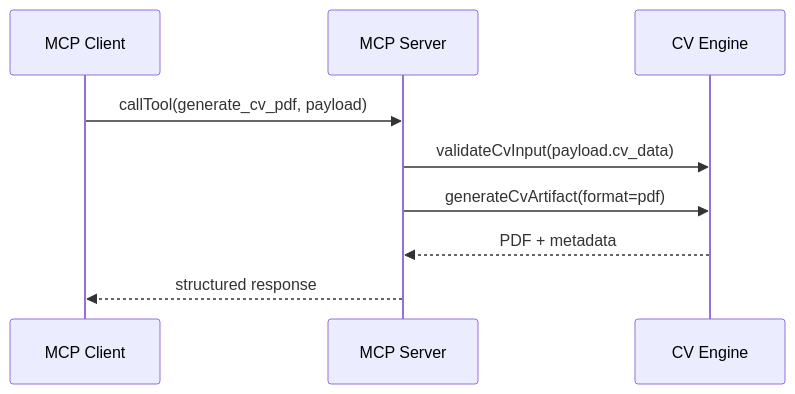
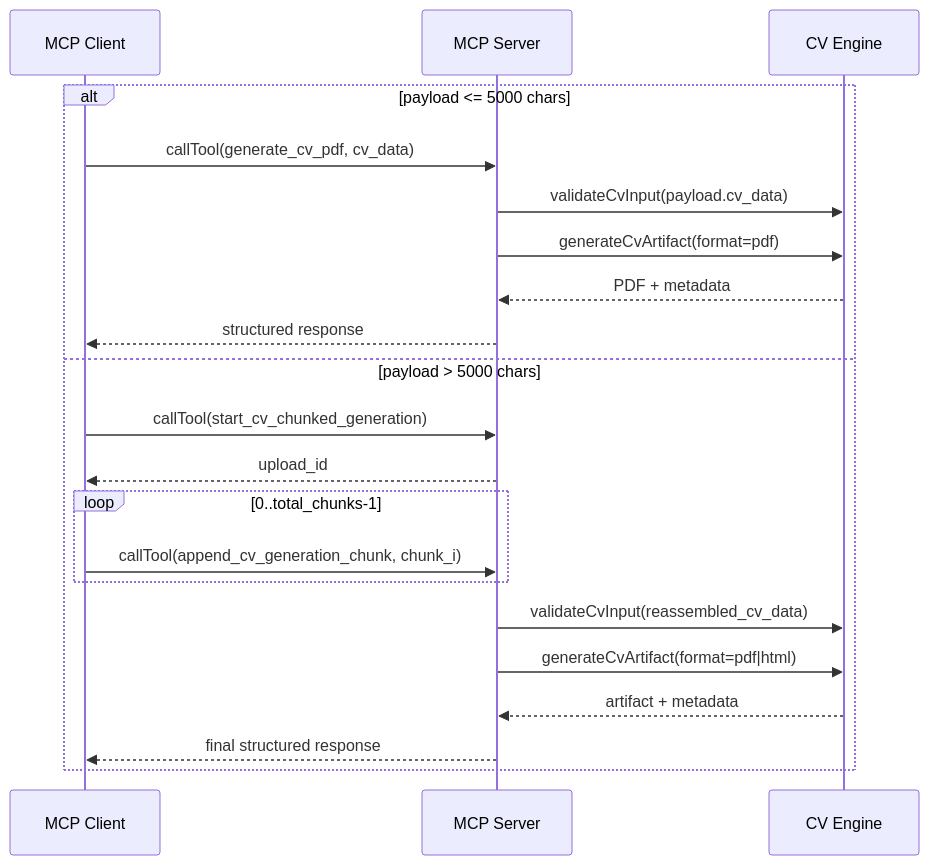
Before and after one commit to ClementV78/cv-generator-mcp: the seventh of 8 diagrams in APPLICATION_ARCHITECTURE_CV_GENERATOR.md, drawn with Mermaid. The commit also changed other lines of this file and 3 other files, not shown here.

Commit message:
feat(mcp): add chunked CV generation with 5000-char direct limit

````diff
--- a/APPLICATION_ARCHITECTURE_CV_GENERATOR.md
+++ b/APPLICATION_ARCHITECTURE_CV_GENERATOR.md
@@ -563,12 +602,24 @@
 ```mermaid
 sequenceDiagram
     participant Client as MCP Client
     participant Server as MCP Server
     participant Engine as CV Engine
 
-    Client->>Server: callTool(generate_cv_pdf, payload)
-    Server->>Engine: validateCvInput(payload.cv_data)
-    Server->>Engine: generateCvArtifact(format=pdf)
-    Engine-->>Server: PDF + metadata
-    Server-->>Client: structured response
+    alt payload <= 5000 chars
+      Client->>Server: callTool(generate_cv_pdf, cv_data)
+      Server->>Engine: validateCvInput(payload.cv_data)
+      Server->>Engine: generateCvArtifact(format=pdf)
+      Engine-->>Server: PDF + metadata
+      Server-->>Client: structured response
+    else payload > 5000 chars
+      Client->>Server: callTool(start_cv_chunked_generation)
+      Server-->>Client: upload_id
+      loop 0..total_chunks-1
+        Client->>Server: callTool(append_cv_generation_chunk, chunk_i)
+      end
+      Server->>Engine: validateCvInput(reassembled_cv_data)
+      Server->>Engine: generateCvArtifact(format=pdf|html)
+      Engine-->>Server: artifact + metadata
+      Server-->>Client: final structured response
+    end
 ```
````
